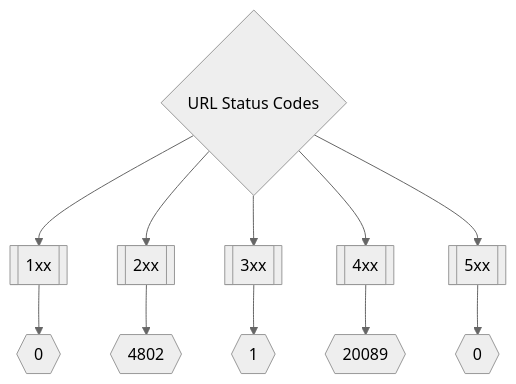
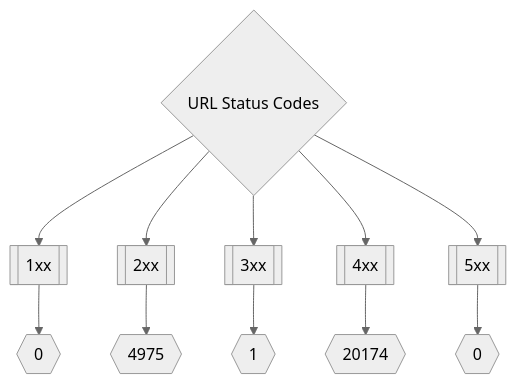
Before and after one commit to trickest/inventory: the second of 3 diagrams in README.md, drawn with Mermaid (neutral theme). The commit also changed other lines of this file, not shown here.

Commit message:
Update Mon Mar  7 16:57:24 UTC 2022

````diff
--- a/README.md
+++ b/README.md
@@ -173,8 +173,8 @@
 ```mermaid
 graph TD
 title{URL Status Codes} --> 1xx[[1xx]] --> status1xxNum{{0}}
-title --> 2xx[[2xx]] --> status2xxNum{{4802}}
+title --> 2xx[[2xx]] --> status2xxNum{{4975}}
 title --> 3xx[[3xx]] --> status3xxNum{{1}}
-title --> 4xx[[4xx]] --> status4xxNum{{20089}}
+title --> 4xx[[4xx]] --> status4xxNum{{20174}}
 title --> 5xx[[5xx]] --> status5xxNum{{0}}
 ```
````
